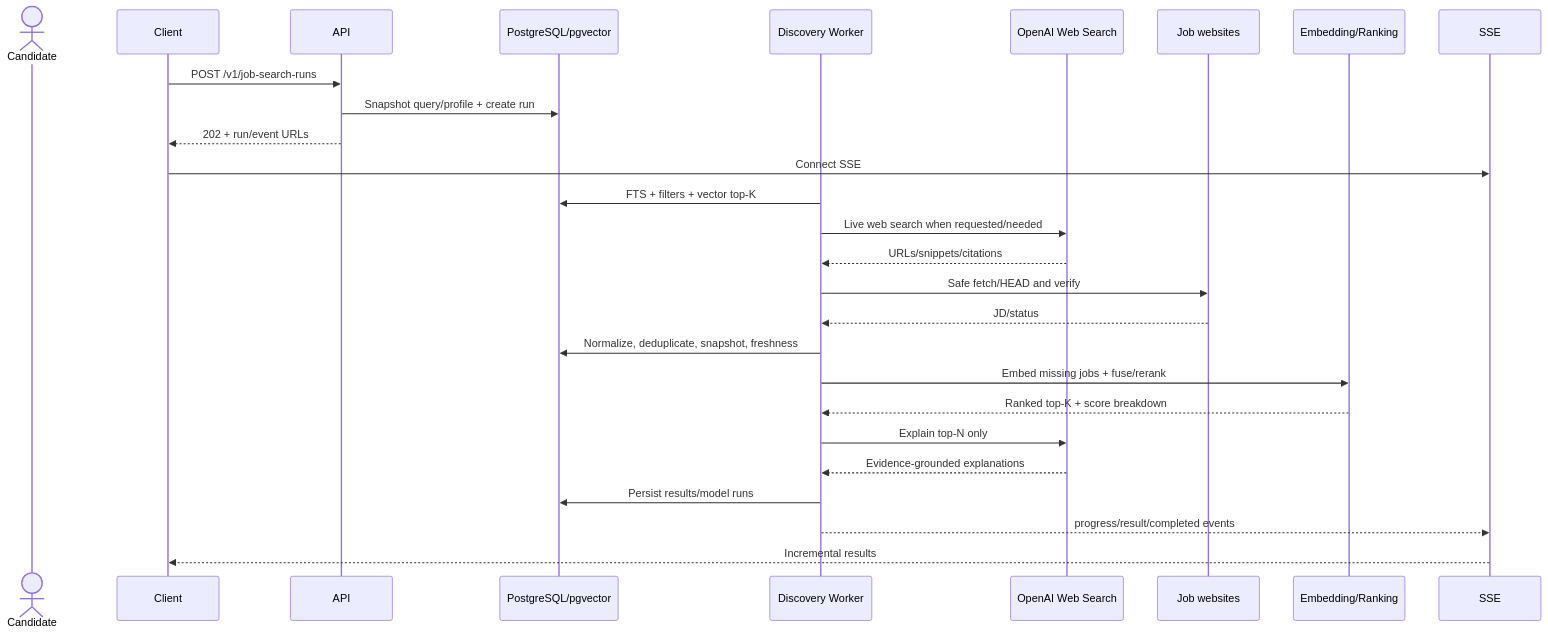
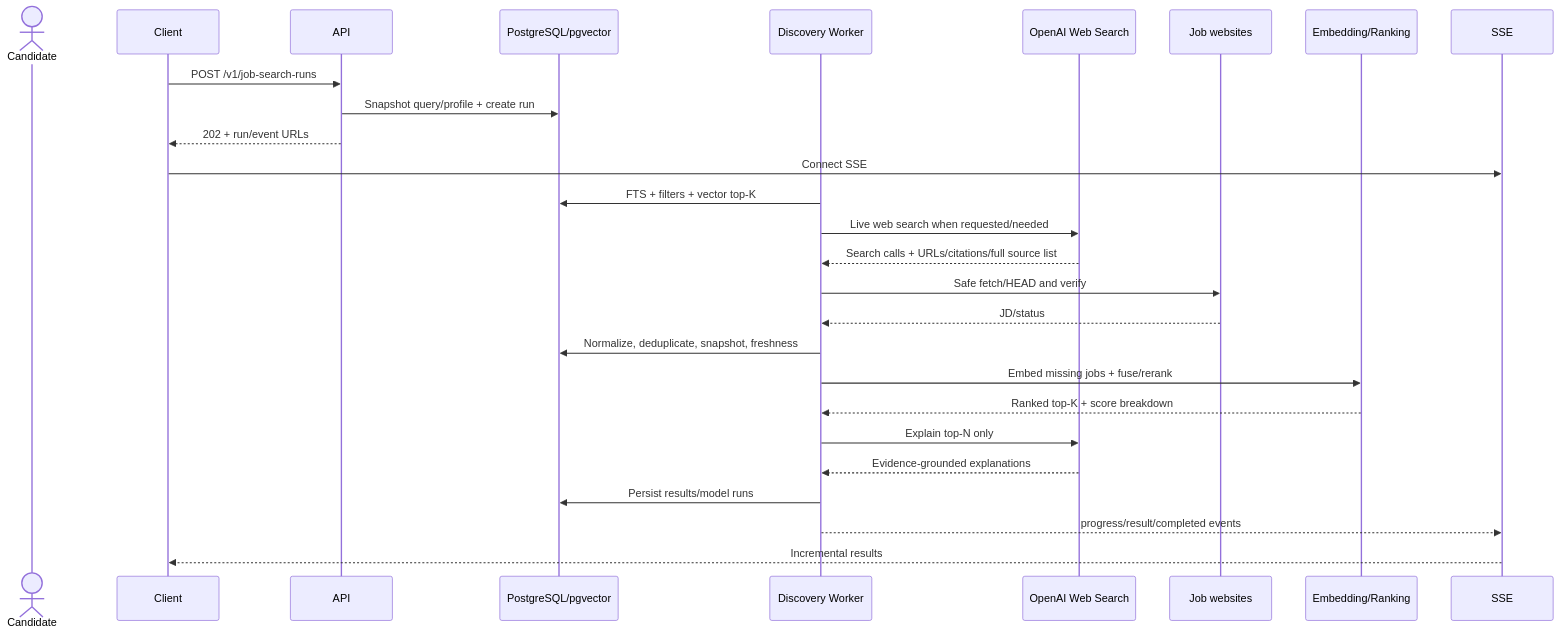
Before and after one commit to quankosimp/QATTH: the third of 5 diagrams in docs/architecture/data-flow.md, drawn with Mermaid. The commit also changed other lines of this file and 14 other files, not shown here.

```diff
--- a/docs/architecture/data-flow.md
+++ b/docs/architecture/data-flow.md
@@ -114,30 +114,30 @@
 ~~~mermaid
 sequenceDiagram
     actor U as Candidate
     participant C as Client
     participant A as API
     participant DB as PostgreSQL/pgvector
     participant W as Discovery Worker
     participant O as OpenAI Web Search
     participant J as Job websites
     participant E as Embedding/Ranking
     participant S as SSE
 
     C->>A: POST /v1/job-search-runs
     A->>DB: Snapshot query/profile + create run
     A-->>C: 202 + run/event URLs
     C->>S: Connect SSE
     W->>DB: FTS + filters + vector top-K
     W->>O: Live web search when requested/needed
-    O-->>W: URLs/snippets/citations
+    O-->>W: Search calls + URLs/citations/full source list
     W->>J: Safe fetch/HEAD and verify
     J-->>W: JD/status
     W->>DB: Normalize, deduplicate, snapshot, freshness
     W->>E: Embed missing jobs + fuse/rerank
     E-->>W: Ranked top-K + score breakdown
     W->>O: Explain top-N only
     O-->>W: Evidence-grounded explanations
     W->>DB: Persist results/model runs
     W-->>S: progress/result/completed events
     S-->>C: Incremental results
 ~~~
```
